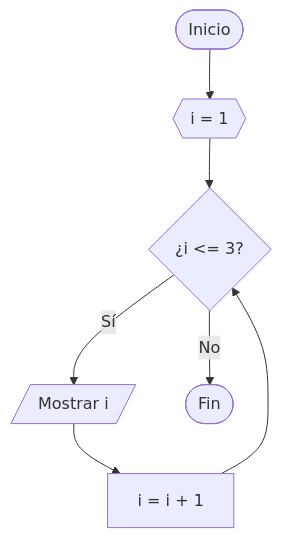
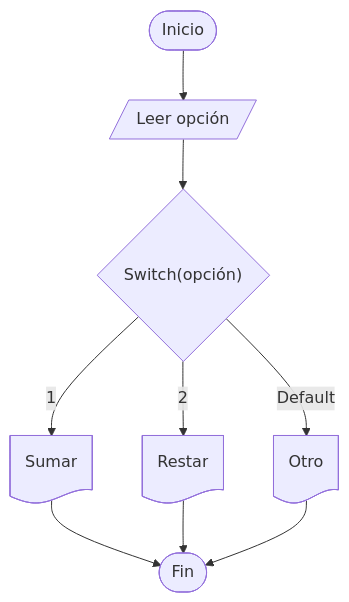
Diagram 12 of 15 in Tema04_Control/1-instrucciones_control.md (Abel-DB/Algoritmos-programacion), drawn with Mermaid before and after one commit. The commit also changed other lines of this file, not shown here.

````diff
--- a/Tema04_Control/1-instrucciones_control.md
+++ b/Tema04_Control/1-instrucciones_control.md
@@ -166,15 +218,20 @@
-~~~mermaid
+```mermaid
 flowchart TD
+
 A([Inicio])
-B{{i = 1}}
-C{¿i <= 3?}
-D[/Mostrar i/]
-E[i = i + 1]
-F([Fin])
+B@{ shape: lean-r, label: "Leer opción" }
+
+C@{ shape: diamond, label: "Switch(opción)" }
+
+D@{ shape: doc, label: "Sumar" }
+E@{ shape: doc, label: "Restar" }
+F@{ shape: doc, label: "Otro" }
+
+G([Fin])
 
 A --> B --> C
-C -->|Sí| D
-D --> E
-E --> C
-C -->|No| F
-~~~
+
+C -->|1| D --> G
+C -->|2| E --> G
+C -->|Default| F --> G
+```
````
